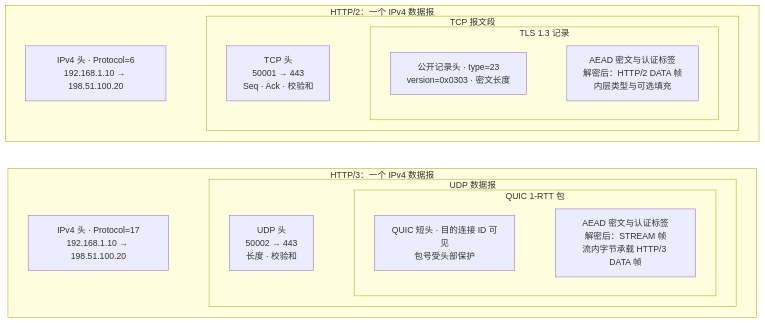
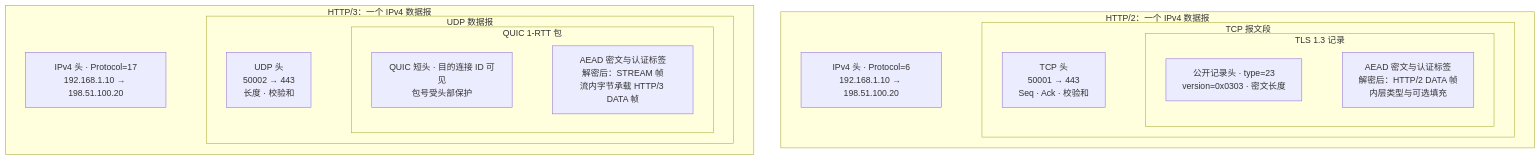
One commit to fordelkon/delkon.us.kg changed the second of 3 diagrams in content/posts/networking/http-evolution-tls-handshake-https.md. Above: the diagram before and after it, drawn with Mermaid. The commit also changed other lines of this file and 8 other files, not shown here.

First line of the commit message:
docs: audit networking series with C17 examples and diagram fixes

````diff
--- a/content/posts/networking/http-evolution-tls-handshake-https.md
+++ b/content/posts/networking/http-evolution-tls-handshake-https.md
@@ -134,31 +136,33 @@
 ```mermaid title="HTTP/2 与 HTTP/3 的数据包里分别装了什么" description="两组分别是 HTTP/2 和 HTTP/3 连接里的 IPv4 包。框的嵌套表示载荷归属。HTTP/2 组选一条完整 TLS 记录恰好装进一个 TCP 段，HTTP/3 组选一个 UDP 数据报承载一个 QUIC 短头 1-RTT 包。框内列出线上可见字段，以及密文解开后的内容。"
 flowchart TB
  subgraph h2_packet[HTTP/2：一个 IPv4 数据报]
   ip2["IPv4 头 · Protocol=6<br/>192.168.1.10 → 198.51.100.20"]
   subgraph tcp_segment[TCP 报文段]
    tcp2["TCP 头<br/>50001 → 443<br/>Seq · Ack · 校验和"]
    subgraph tls_record[TLS 1.3 记录]
     record2["公开记录头 · type=23<br/>version=0x0303 · 密文长度"]
     cipher2["AEAD 密文与认证标签<br/>解密后：HTTP/2 DATA 帧<br/>内层类型与可选填充"]
     record2 --- cipher2
    end
    tcp2 --- record2
   end
   ip2 --- tcp2
  end
  subgraph h3_packet[HTTP/3：一个 IPv4 数据报]
   ip3["IPv4 头 · Protocol=17<br/>192.168.1.10 → 198.51.100.20"]
   subgraph udp_datagram[UDP 数据报]
    udp3["UDP 头<br/>50002 → 443<br/>长度 · 校验和"]
    subgraph quic_packet[QUIC 1-RTT 包]
     header3["QUIC 短头 · 目的连接 ID 可见<br/>包号受头部保护"]
     cipher3["AEAD 密文与认证标签<br/>解密后：STREAM 帧<br/>流内字节承载 HTTP/3 DATA 帧"]
     header3 --- cipher3
    end
    udp3 --- header3
   end
   ip3 --- udp3
  end
- h2_packet --- h3_packet
+ class ip2,tcp2,ip3,udp3 actor
+ class record2,header3 state
+ class cipher2,cipher3 result
  linkStyle default stroke:none
 ```
````
